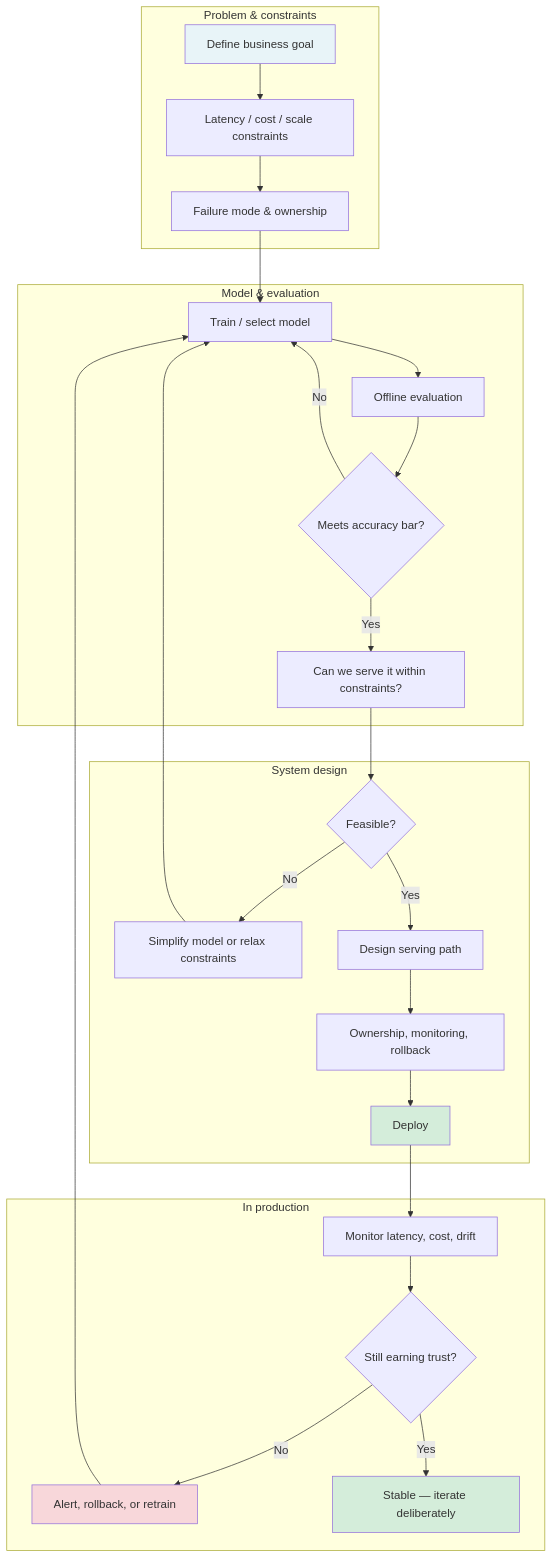
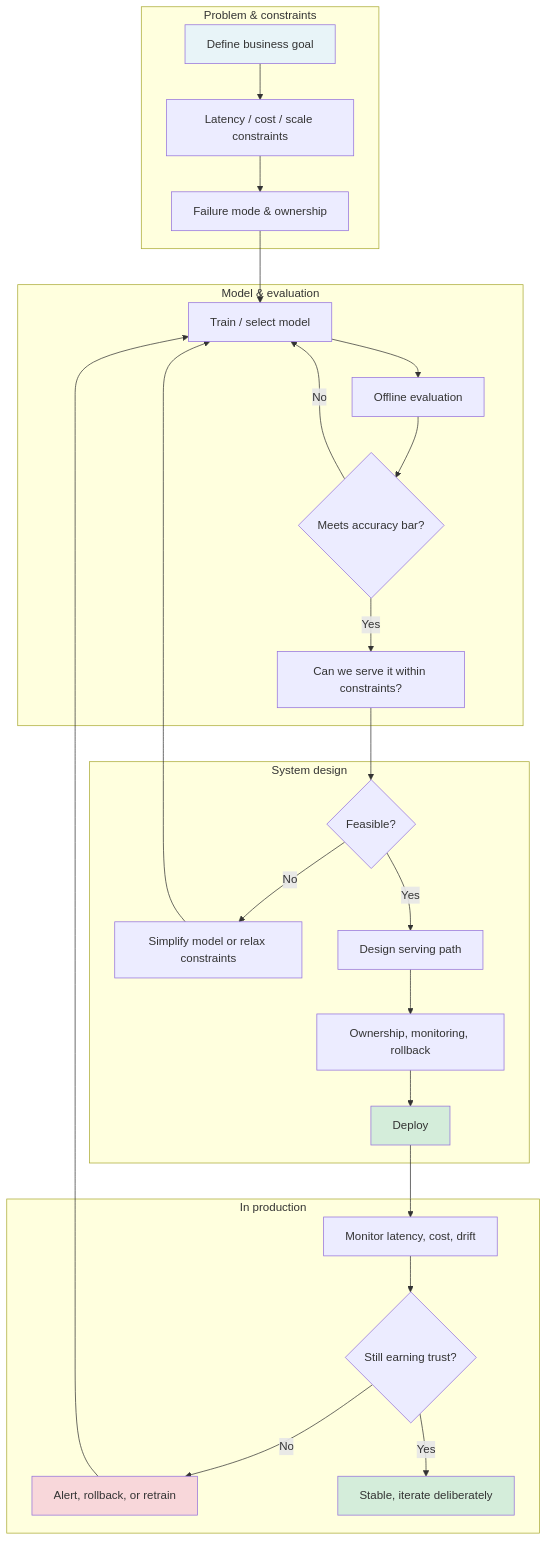
Before and after one commit to gvarchala-pixel/gvarchala-pixel.github.io: the diagram in content/post/from-model-to-production-decision-flow.md, drawn with Mermaid. The commit also changed other lines of this file and 2 other files, not shown here.

````diff
--- a/content/post/from-model-to-production-decision-flow.md
+++ b/content/post/from-model-to-production-decision-flow.md
@@ -19,37 +26,37 @@
 ```mermaid
 flowchart TB
     subgraph problem["Problem & constraints"]
         A[Define business goal] --> B[Latency / cost / scale constraints]
         B --> C[Failure mode & ownership]
     end
 
     subgraph model["Model & evaluation"]
         C --> D[Train / select model]
         D --> E[Offline evaluation]
         E --> F{Meets accuracy bar?}
         F -->|No| D
         F -->|Yes| G[Can we serve it within constraints?]
     end
 
     subgraph system["System design"]
         G --> H{Feasible?}
         H -->|No| I[Simplify model or relax constraints]
         I --> D
         H -->|Yes| J[Design serving path]
         J --> K[Ownership, monitoring, rollback]
         K --> L[Deploy]
     end
 
     subgraph live["In production"]
         L --> M[Monitor latency, cost, drift]
         M --> N{Still earning trust?}
         N -->|No| O[Alert, rollback, or retrain]
         O --> D
-        N -->|Yes| P[Stable — iterate deliberately]
+        N -->|Yes| P[Stable, iterate deliberately]
     end
 
     style A fill:#e8f4f8
     style L fill:#d4edda
     style P fill:#d4edda
     style O fill:#f8d7da
 ```
````
